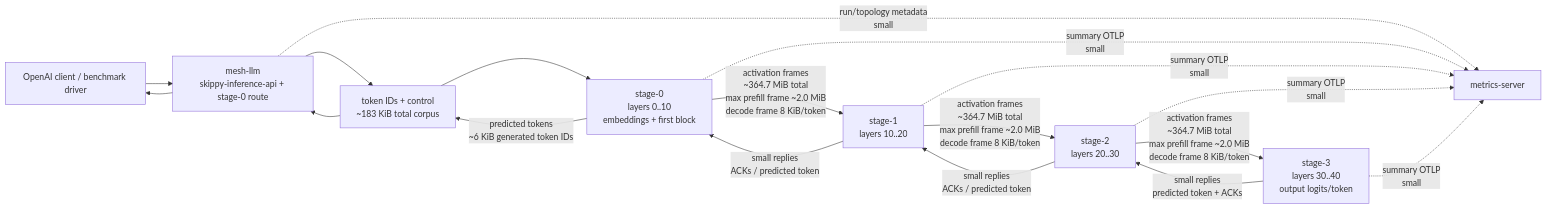
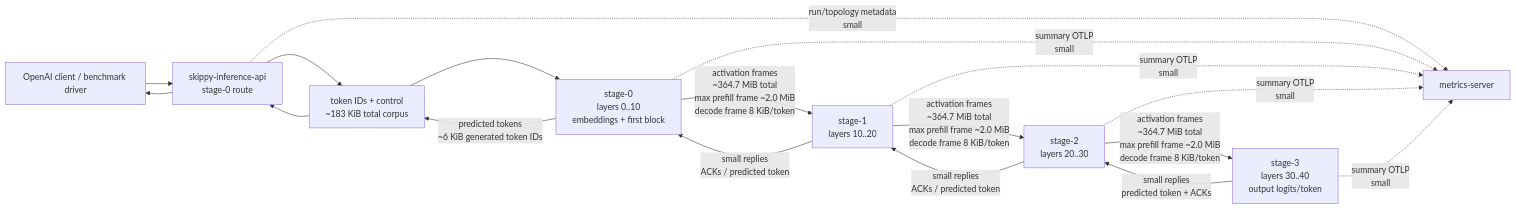
Before and after one commit to Mesh-LLM/skippy: the first of 2 diagrams in docs/DATA_FLOW.md, drawn with Mermaid. The commit also changed other lines of this file and 463 other files, not shown here.

````diff
--- a/docs/DATA_FLOW.md
+++ b/docs/DATA_FLOW.md
@@ -11,25 +11,25 @@
 ```mermaid
 flowchart LR
-    Client["OpenAI client / benchmark driver"] --> Mesh["mesh-llm<br/>skippy-inference-api + stage-0 route"]
-    Mesh --> D["token IDs + control<br/>~183 KiB total corpus"]
+    Client["OpenAI client / benchmark driver"] --> Api["skippy-inference-api<br/>stage-0 route"]
+    Api --> D["token IDs + control<br/>~183 KiB total corpus"]
     D --> S0["stage-0<br/>layers 0..10<br/>embeddings + first block"]
 
     S0 -->|"activation frames<br/>~364.7 MiB total<br/>max prefill frame ~2.0 MiB<br/>decode frame 8 KiB/token"| S1["stage-1<br/>layers 10..20"]
 
     S1 -->|"activation frames<br/>~364.7 MiB total<br/>max prefill frame ~2.0 MiB<br/>decode frame 8 KiB/token"| S2["stage-2<br/>layers 20..30"]
 
     S2 -->|"activation frames<br/>~364.7 MiB total<br/>max prefill frame ~2.0 MiB<br/>decode frame 8 KiB/token"| S3["stage-3<br/>layers 30..40<br/>output logits/token"]
 
     S3 -->|"small replies<br/>predicted token + ACKs"| S2
     S2 -->|"small replies<br/>ACKs / predicted token"| S1
     S1 -->|"small replies<br/>ACKs / predicted token"| S0
     S0 -->|"predicted tokens<br/>~6 KiB generated token IDs"| D
-    D --> Mesh
-    Mesh --> Client
+    D --> Api
+    Api --> Client
 
-    Mesh -.->|"run/topology metadata<br/>small"| M
+    Api -.->|"run/topology metadata<br/>small"| M
     S0 -.->|"summary OTLP<br/>small"| M["metrics-server"]
     S1 -.->|"summary OTLP<br/>small"| M
     S2 -.->|"summary OTLP<br/>small"| M
     S3 -.->|"summary OTLP<br/>small"| M
 ```
````
